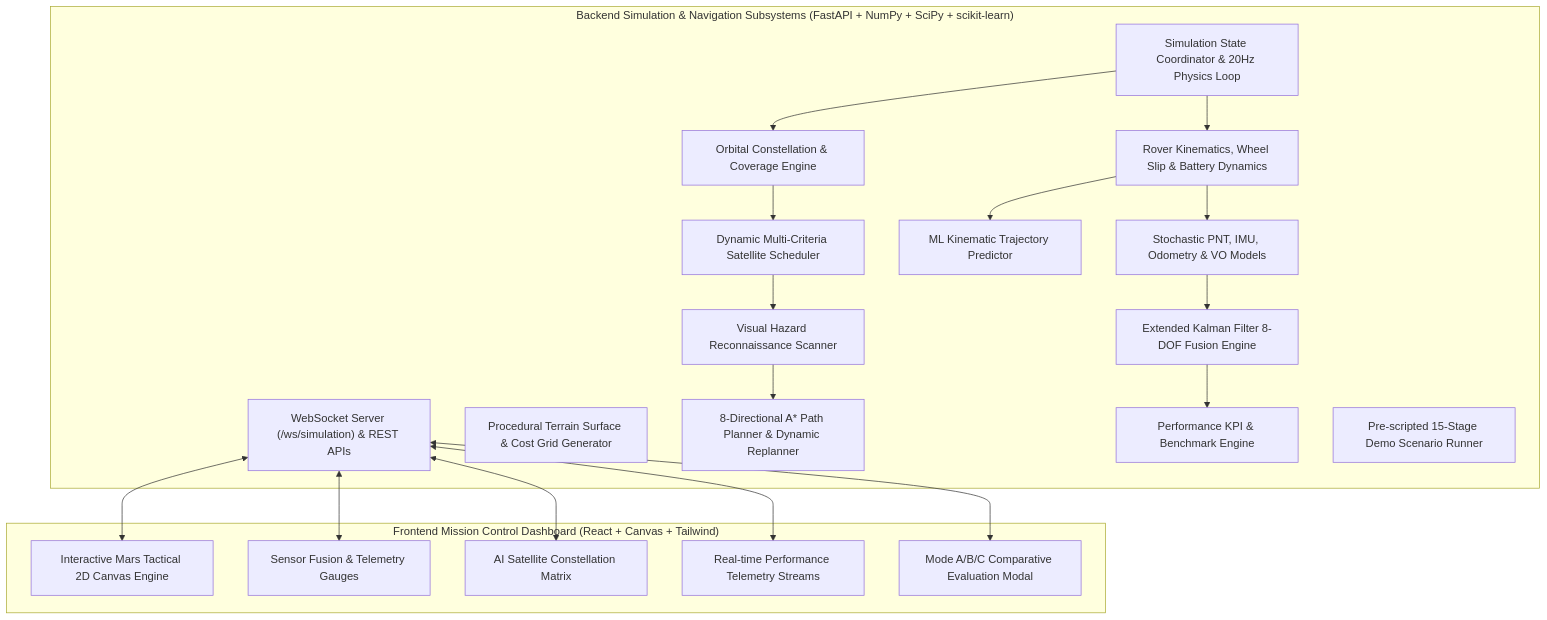
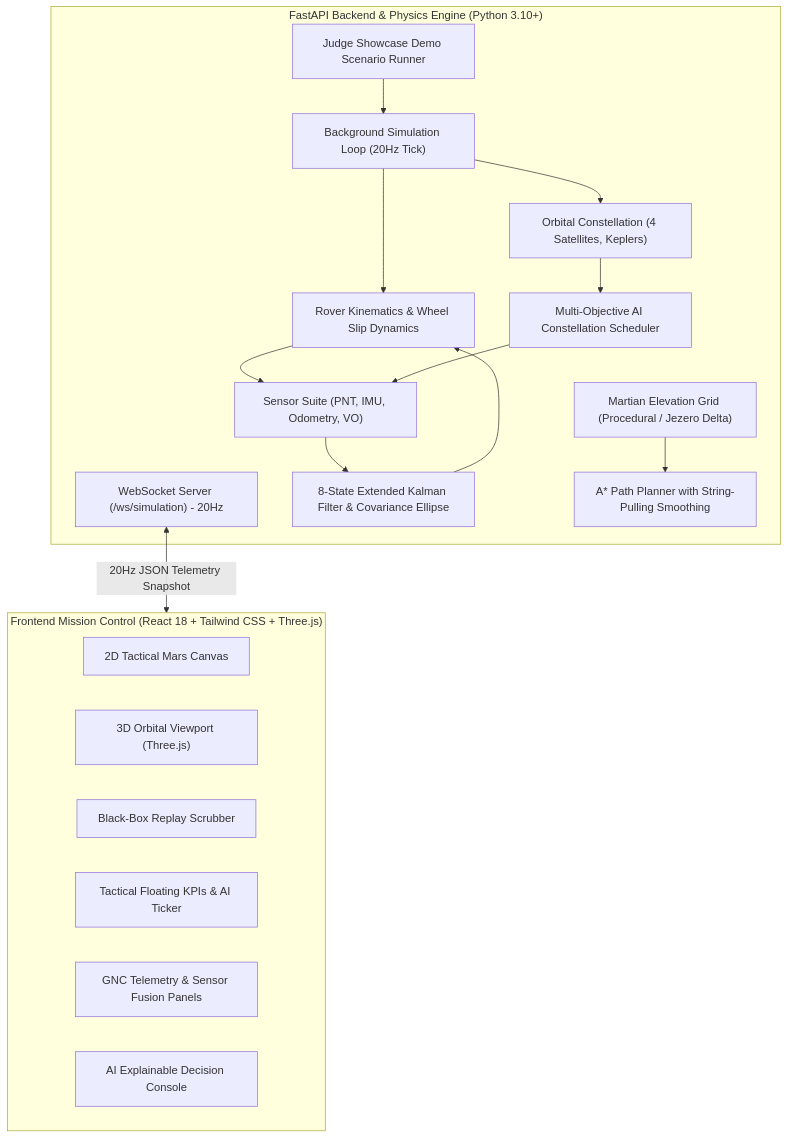
Before and after one commit to justakshaay/NAVIS-Networked-Adaptive-Visual-Intelligent-Space-Navigation-Sounds-like-a-real-aerospace-system: the diagram in README.md, drawn with Mermaid. The commit also changed other lines of this file and 1 other file, not shown here.

````diff
--- a/README.md
+++ b/README.md
@@ -23,42 +72,35 @@
 ```mermaid
 graph TD
-    subgraph MissionControlUI ["Frontend Mission Control Dashboard (React + Canvas + Tailwind)"]
-        Canvas[Interactive Mars Tactical 2D Canvas Engine]
-        HUD[Sensor Fusion & Telemetry Gauges]
-        SchedUI[AI Satellite Constellation Matrix]
-        Graphs[Real-time Performance Telemetry Streams]
-        BenchUI[Mode A/B/C Comparative Evaluation Modal]
+    subgraph UI ["Frontend Mission Control (React 18 + Tailwind CSS + Three.js)"]
+        Canvas2D["2D Tactical Mars Canvas"]
+        View3D["3D Orbital Viewport (Three.js)"]
+        ReplayBar["Black-Box Replay Scrubber"]
+        HUD["Tactical Floating KPIs & AI Ticker"]
+        Panels["GNC Telemetry & Sensor Fusion Panels"]
+        Console["AI Explainable Decision Console"]
     end
 
-    subgraph BackendSubsystems ["Backend Simulation & Navigation Subsystems (FastAPI + NumPy + SciPy + scikit-learn)"]
-        WS["WebSocket Server (/ws/simulation) & REST APIs"]
-        Engine[Simulation State Coordinator & 20Hz Physics Loop]
-        Terrain[Procedural Terrain Surface & Cost Grid Generator]
-        Rover[Rover Kinematics, Wheel Slip & Battery Dynamics]
-        Sats[Orbital Constellation & Coverage Engine]
-        AI_Sched[Dynamic Multi-Criteria Satellite Scheduler]
-        AI_Traj[ML Kinematic Trajectory Predictor]
-        AI_Hazard[Visual Hazard Reconnaissance Scanner]
-        EKF[Extended Kalman Filter 8-DOF Fusion Engine]
-        Sensors[Stochastic PNT, IMU, Odometry & VO Models]
-        Planner[8-Directional A* Path Planner & Dynamic Replanner]
-        Metrics[Performance KPI & Benchmark Engine]
-        Demo[Pre-scripted 15-Stage Demo Scenario Runner]
+    subgraph BackendEngine ["FastAPI Backend & Physics Engine (Python 3.10+)"]
+        WS["WebSocket Server (/ws/simulation) - 20Hz"]
+        Loop["Background Simulation Loop (20Hz Tick)"]
+        Terrain["Martian Elevation Grid (Procedural / Jezero Delta)"]
+        Kinematics["Rover Kinematics & Wheel Slip Dynamics"]
+        Constellation["Orbital Constellation (4 Satellites, Keplers)"]
+        Scheduler["Multi-Objective AI Constellation Scheduler"]
+        Sensors["Sensor Suite (PNT, IMU, Odometry, VO)"]
+        EKF["8-State Extended Kalman Filter & Covariance Ellipse"]
+        Planner["A* Path Planner with String-Pulling Smoothing"]
+        Autopilot["Judge Showcase Demo Scenario Runner"]
     end
 
-    WS <--> Canvas
-    WS <--> HUD
-    WS <--> SchedUI
-    WS <--> Graphs
-    WS <--> BenchUI
-
-    Engine --> Rover
-    Engine --> Sats
-    Rover --> Sensors
+    WS <-->|"20Hz JSON Telemetry Snapshot"| UI
+    Loop --> Kinematics
+    Loop --> Constellation
+    Kinematics --> Sensors
+    Constellation --> Scheduler
+    Scheduler --> Sensors
     Sensors --> EKF
-    Rover --> AI_Traj
-    Sats --> AI_Sched
-    AI_Sched --> AI_Hazard
-    AI_Hazard --> Planner
-    EKF --> Metrics
+    EKF --> Kinematics
+    Terrain --> Planner
+    Autopilot --> Loop
 ```
````
